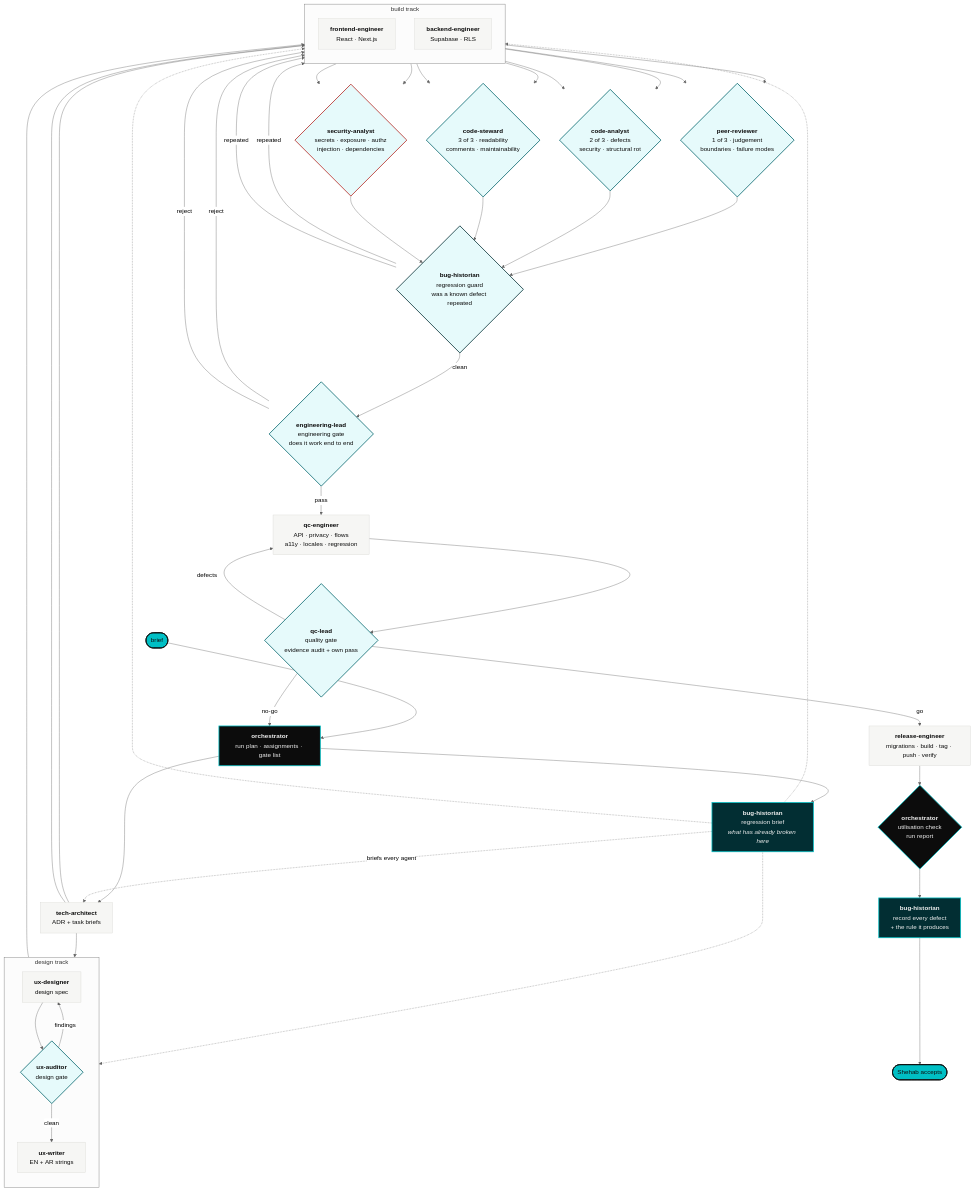
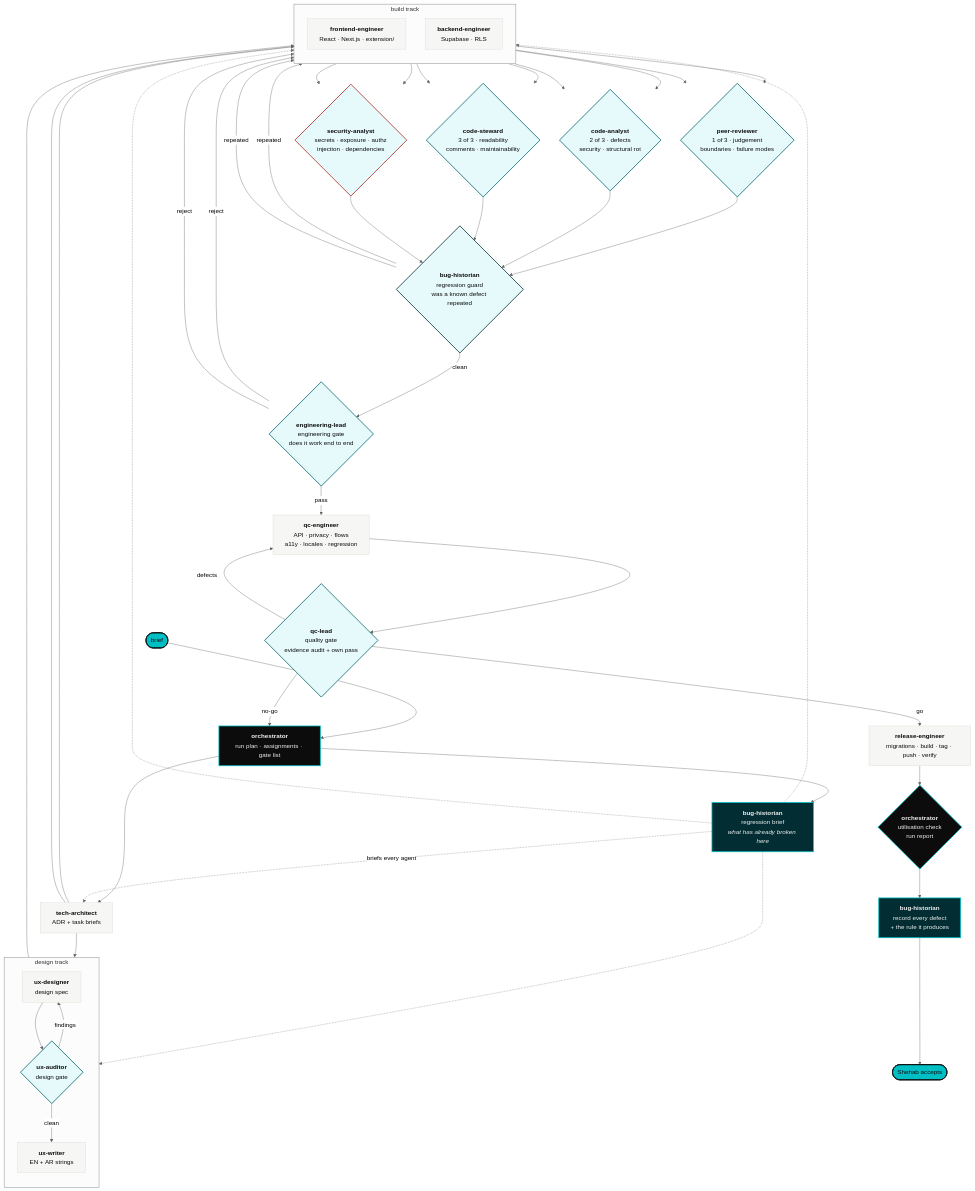
The first of 3 diagrams in docs/WORKFLOW.md (Shehabov/actio), drawn with Mermaid (neutral theme) before and after one commit. The commit also changed 48 other files, not shown here.

```diff
--- a/docs/WORKFLOW.md
+++ b/docs/WORKFLOW.md
@@ -41,7 +41,7 @@
 
   subgraph BUILD ["build track"]
     direction TB
-    FE["<b>frontend-engineer</b><br/>React · Next.js"]:::make
+    FE["<b>frontend-engineer</b><br/>React · Next.js · extension/"]:::make
     BE["<b>backend-engineer</b><br/>Supabase · RLS"]:::make
   end
 
```
